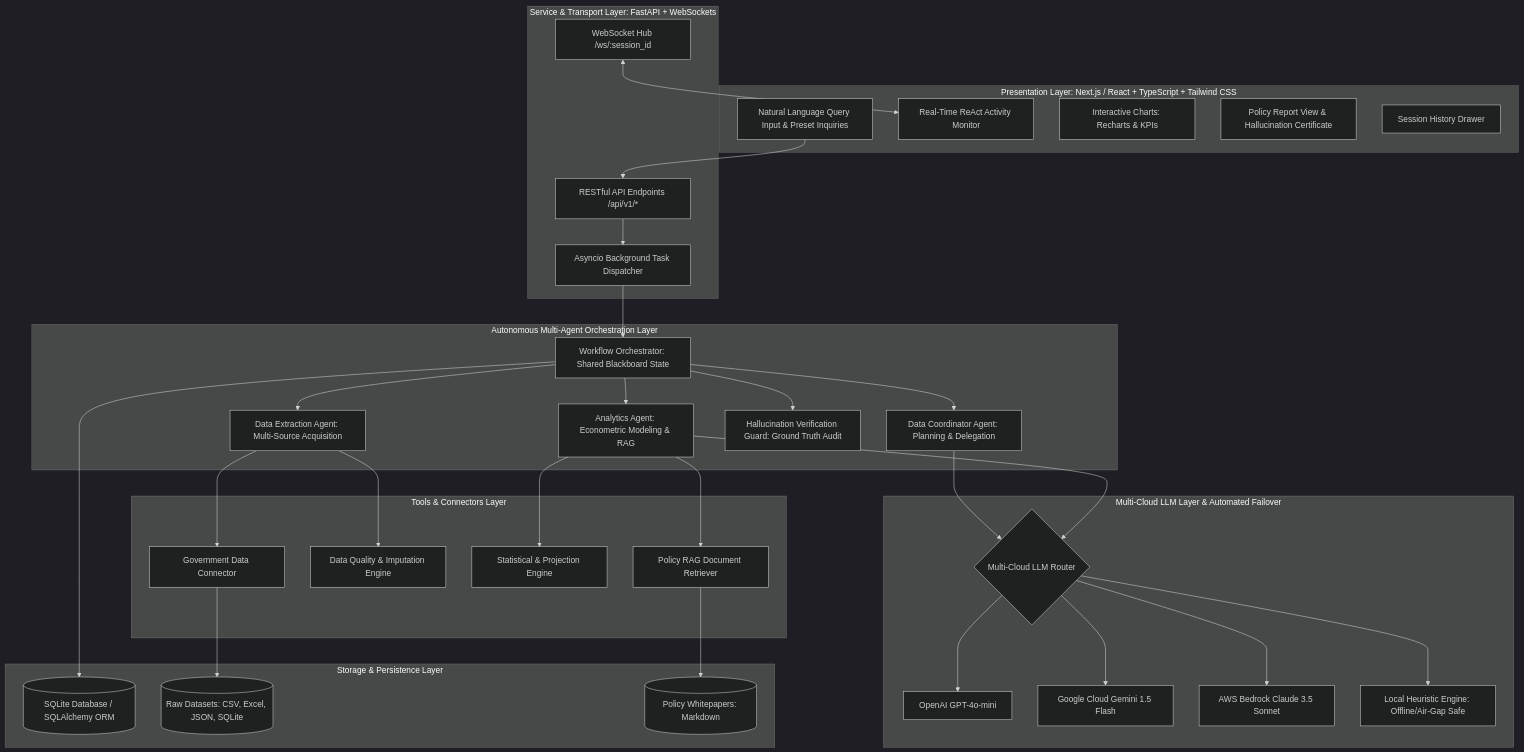
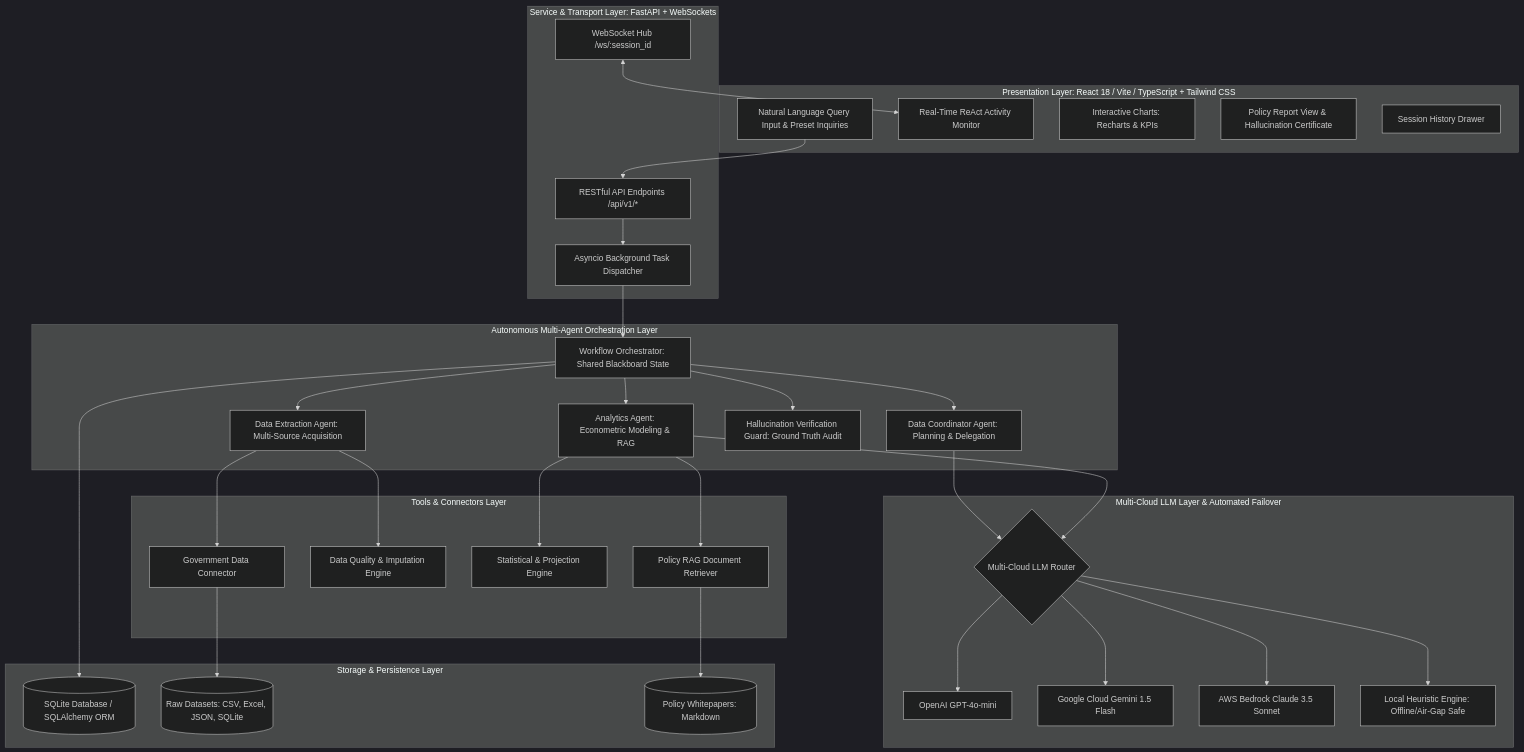
One commit to RohitKrSrivastava/Agentic-Policy-Analytics changed the first of 3 diagrams in ARCHITECTURE.md. Above: the diagram before and after it, drawn with Mermaid (dark theme). The commit also changed 17 other files, not shown here.

````diff
--- a/ARCHITECTURE.md
+++ b/ARCHITECTURE.md
@@ -13,69 +13,69 @@
 ```mermaid
 flowchart TD
-    subgraph Client_Layer ["Presentation Layer: Next.js / React + TypeScript + Tailwind CSS"]
+    subgraph Client_Layer ["Presentation Layer: React 18 / Vite / TypeScript + Tailwind CSS"]
         UI["Natural Language Query Input & Preset Inquiries"]
         MON["Real-Time ReAct Activity Monitor"]
         DASH["Interactive Charts: Recharts & KPIs"]
         REP["Policy Report View & Hallucination Certificate"]
         HIST["Session History Drawer"]
     end
 
     subgraph API_Layer ["Service & Transport Layer: FastAPI + WebSockets"]
         REST["RESTful API Endpoints /api/v1/*"]
         WS["WebSocket Hub /ws/:session_id"]
         BG["Asyncio Background Task Dispatcher"]
     end
 
     subgraph Agentic_Layer ["Autonomous Multi-Agent Orchestration Layer"]
         COORD["Data Coordinator Agent: Planning & Delegation"]
         EXTR["Data Extraction Agent: Multi-Source Acquisition"]
         ANALYTICS["Analytics Agent: Econometric Modeling & RAG"]
         GUARD["Hallucination Verification Guard: Ground Truth Audit"]
         ORCH["Workflow Orchestrator: Shared Blackboard State"]
     end
 
     subgraph Multi_Cloud_LLM ["Multi-Cloud LLM Layer & Automated Failover"]
         ROUTER{"Multi-Cloud LLM Router"}
         OAI["OpenAI GPT-4o-mini"]
         GEM["Google Cloud Gemini 1.5 Flash"]
         BED["AWS Bedrock Claude 3.5 Sonnet"]
         LOCAL["Local Heuristic Engine: Offline/Air-Gap Safe"]
     end
 
     subgraph Tools_Layer ["Tools & Connectors Layer"]
         DCONN["Government Data Connector"]
         DQ["Data Quality & Imputation Engine"]
         STAT["Statistical & Projection Engine"]
         RAG["Policy RAG Document Retriever"]
     end
 
     subgraph Storage_Layer ["Storage & Persistence Layer"]
         SQLITE[("SQLite Database / SQLAlchemy ORM")]
         RAW[("Raw Datasets: CSV, Excel, JSON, SQLite")]
         DOCS[("Policy Whitepapers: Markdown")]
     end
 
     UI --> REST
     REST --> BG
     BG --> ORCH
     WS <--> MON
     ORCH --> COORD
     ORCH --> EXTR
     ORCH --> ANALYTICS
     ORCH --> GUARD
 
     COORD --> ROUTER
     ANALYTICS --> ROUTER
     ROUTER --> OAI
     ROUTER --> GEM
     ROUTER --> BED
     ROUTER --> LOCAL
 
     EXTR --> DCONN
     DCONN --> RAW
     EXTR --> DQ
     ANALYTICS --> STAT
     ANALYTICS --> RAG
     RAG --> DOCS
     ORCH --> SQLITE
 ```
````
